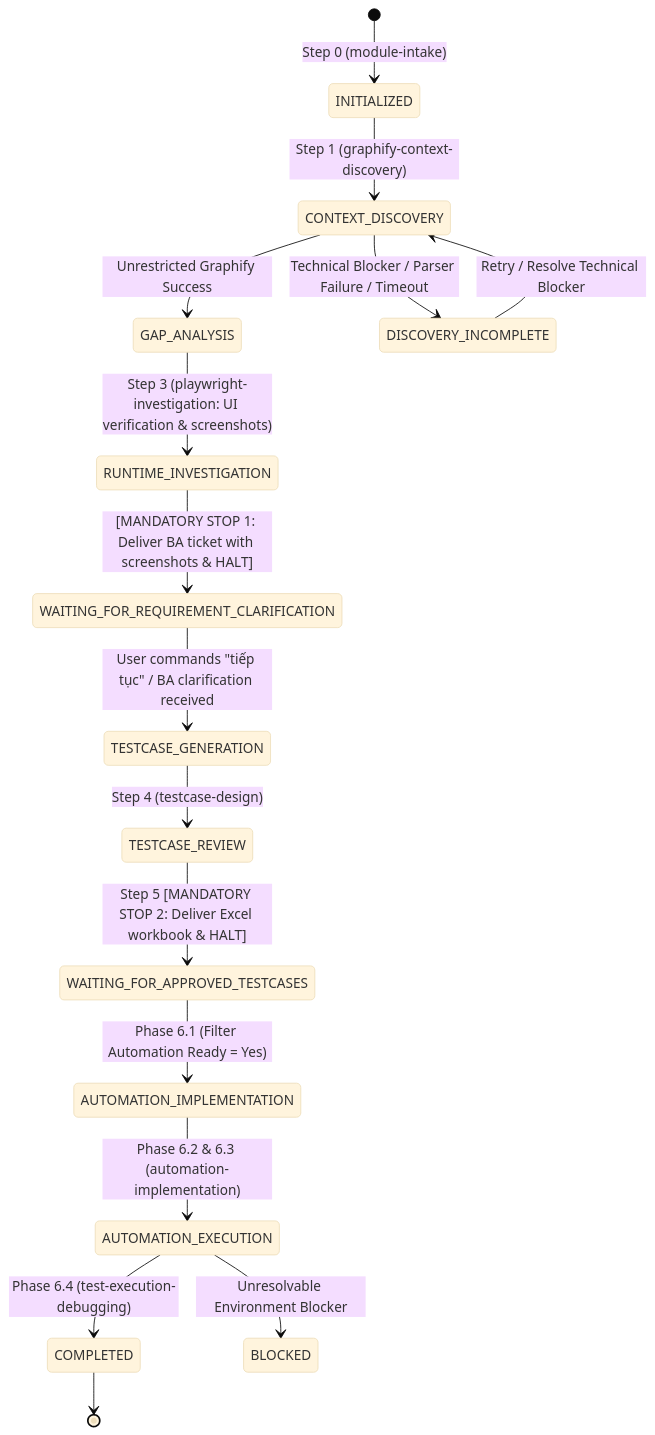
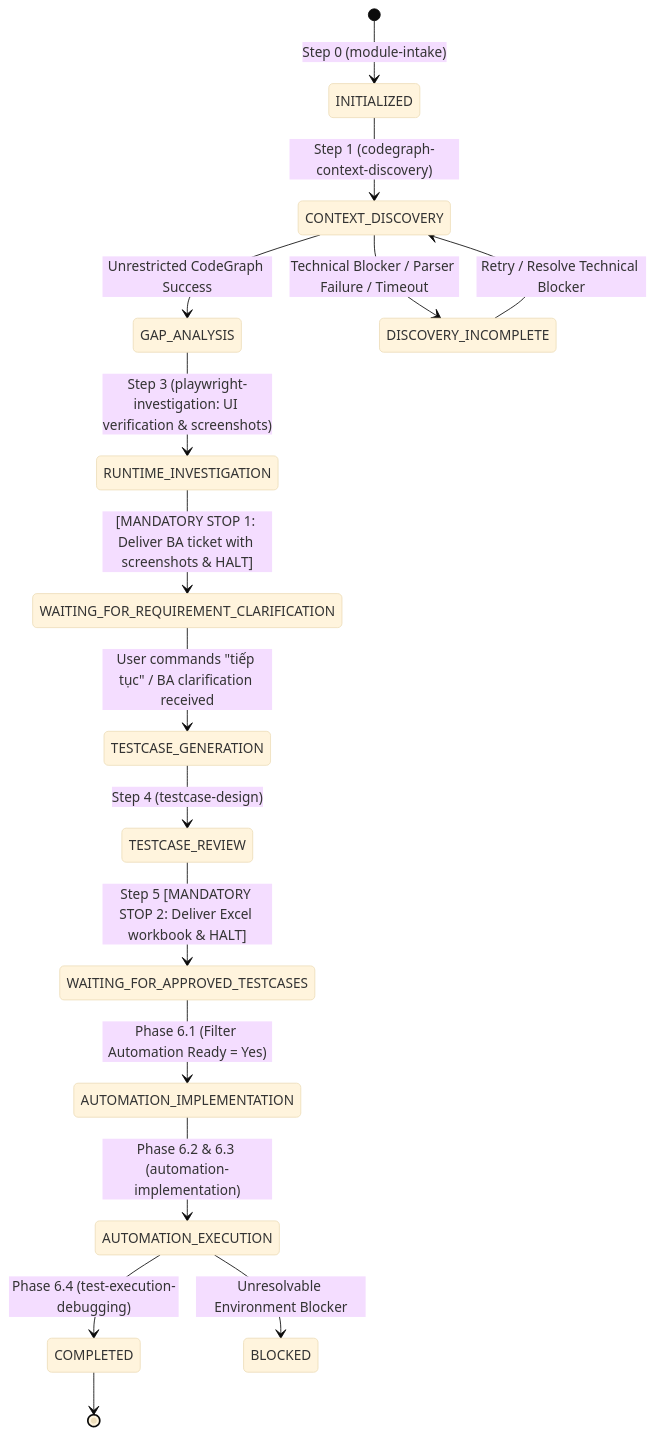
The diagram in skills/workflow-orchestrator/SKILL.md (Dang-nhut-tan/QA-skill), drawn with Mermaid (base theme) before and after one commit. The commit also changed other lines of this file and 9 other files, not shown here.

Commit message:
feat(optimize): migrate to codegraph-context-discovery, streamline skills, and patch playwright validation timeout

````diff
--- a/skills/workflow-orchestrator/SKILL.md
+++ b/skills/workflow-orchestrator/SKILL.md
@@ -24,22 +24,22 @@
 ```mermaid
 stateDiagram-v2
     [*] --> INITIALIZED: Step 0 (module-intake)
-    INITIALIZED --> CONTEXT_DISCOVERY: Step 1 (graphify-context-discovery)
-    CONTEXT_DISCOVERY --> GAP_ANALYSIS: Unrestricted Graphify Success
+    INITIALIZED --> CONTEXT_DISCOVERY: Step 1 (codegraph-context-discovery)
+    CONTEXT_DISCOVERY --> GAP_ANALYSIS: Unrestricted CodeGraph Success
     CONTEXT_DISCOVERY --> DISCOVERY_INCOMPLETE: Technical Blocker / Parser Failure / Timeout
     DISCOVERY_INCOMPLETE --> CONTEXT_DISCOVERY: Retry / Resolve Technical Blocker
     
     GAP_ANALYSIS --> RUNTIME_INVESTIGATION: Step 3 (playwright-investigation: UI verification & screenshots)
     RUNTIME_INVESTIGATION --> WAITING_FOR_REQUIREMENT_CLARIFICATION: [MANDATORY STOP 1: Deliver BA ticket with screenshots & HALT]
     
     WAITING_FOR_REQUIREMENT_CLARIFICATION --> TESTCASE_GENERATION: User commands "tiếp tục" / BA clarification received
     
     TESTCASE_GENERATION --> TESTCASE_REVIEW: Step 4 (testcase-design)
     TESTCASE_REVIEW --> WAITING_FOR_APPROVED_TESTCASES: Step 5 [MANDATORY STOP 2: Deliver Excel workbook & HALT]
     
     WAITING_FOR_APPROVED_TESTCASES --> AUTOMATION_IMPLEMENTATION: Phase 6.1 (Filter Automation Ready = Yes)
     AUTOMATION_IMPLEMENTATION --> AUTOMATION_EXECUTION: Phase 6.2 & 6.3 (automation-implementation)
     AUTOMATION_EXECUTION --> COMPLETED: Phase 6.4 (test-execution-debugging)
     AUTOMATION_EXECUTION --> BLOCKED: Unresolvable Environment Blocker
     COMPLETED --> [*]
 ```
````
